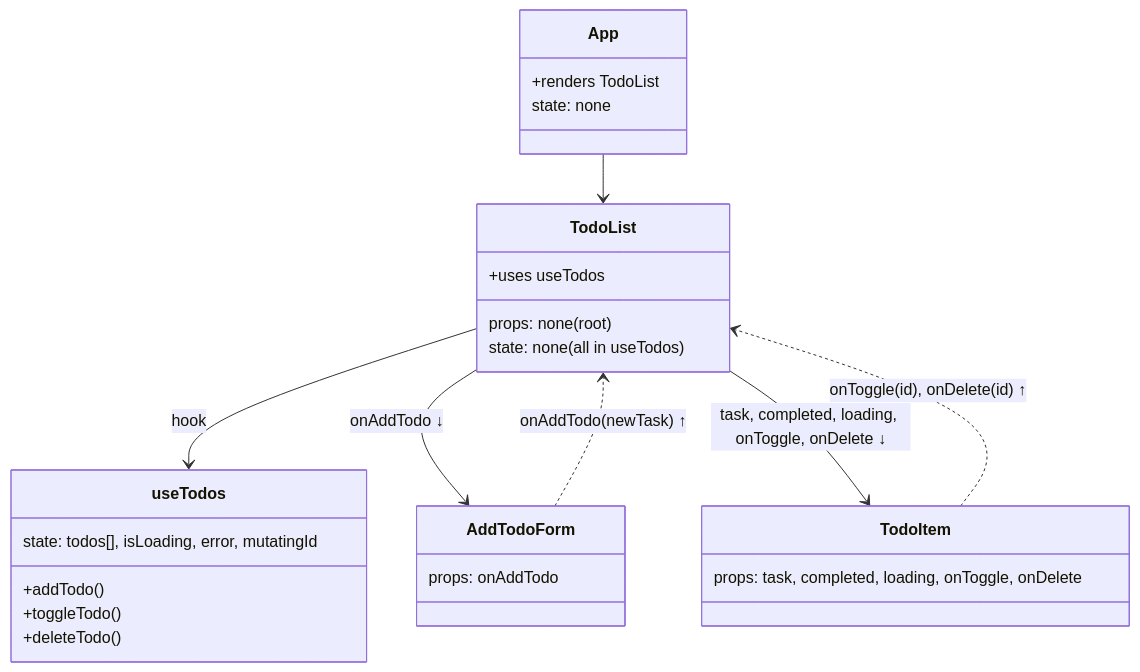
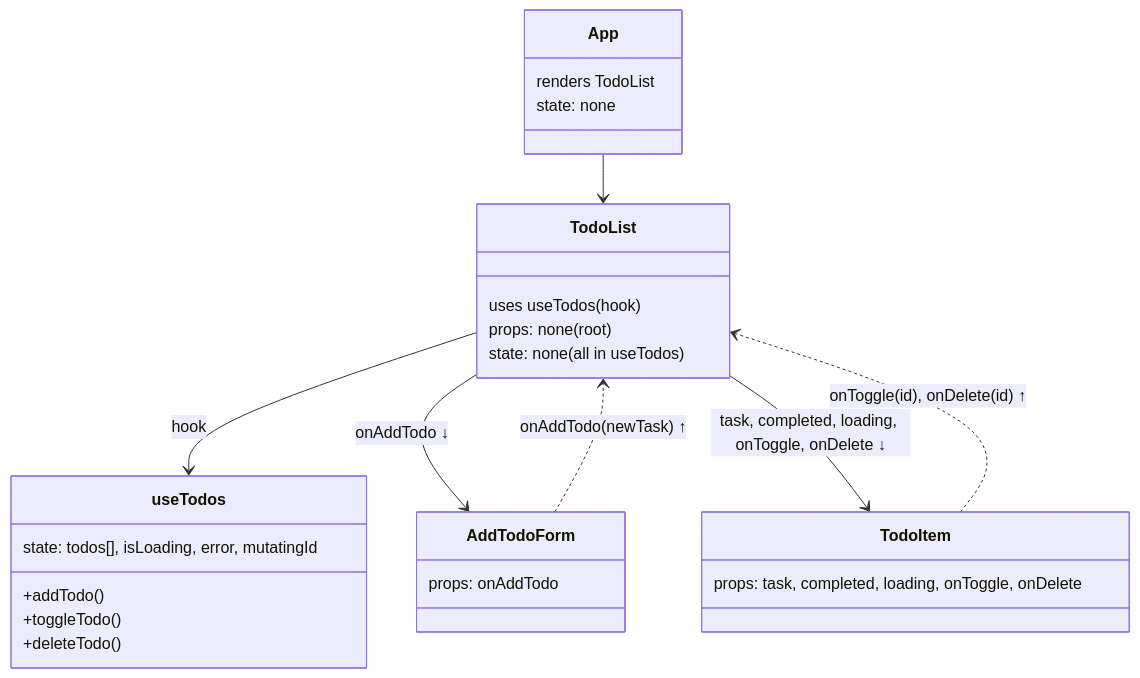
One commit to krtoxin/lab-3-todo-app changed the diagram in README.md. Above: the diagram before and after it, drawn with Mermaid. The commit also changed other lines of this file, not shown here.

````diff
--- a/README.md
+++ b/README.md
@@ -5,31 +5,31 @@
 ```mermaid
 classDiagram
   class App {
-    +renders TodoList
+    renders TodoList
     state: none
   }
   class TodoList {
-    +uses useTodos
+    uses useTodos (hook)
     props: none (root)
     state: none (all in useTodos)
   }
   class useTodos {
     state: todos[], isLoading, error, mutatingId
     +addTodo()
     +toggleTodo()
     +deleteTodo()
   }
   class AddTodoForm {
     props: onAddTodo
   }
   class TodoItem {
     props: task, completed, loading, onToggle, onDelete
   }
 
   App --> TodoList
   TodoList --> useTodos : hook
   TodoList --> AddTodoForm : onAddTodo ↓
   TodoList --> TodoItem : task, completed, loading, onToggle, onDelete ↓
   AddTodoForm ..> TodoList : onAddTodo(newTask) ↑
   TodoItem ..> TodoList : onToggle(id), onDelete(id) ↑
 ```
````
